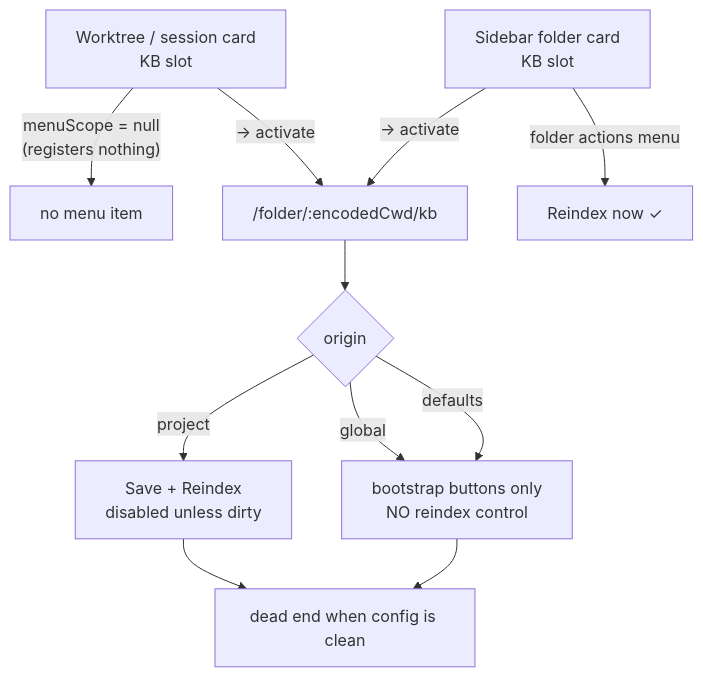
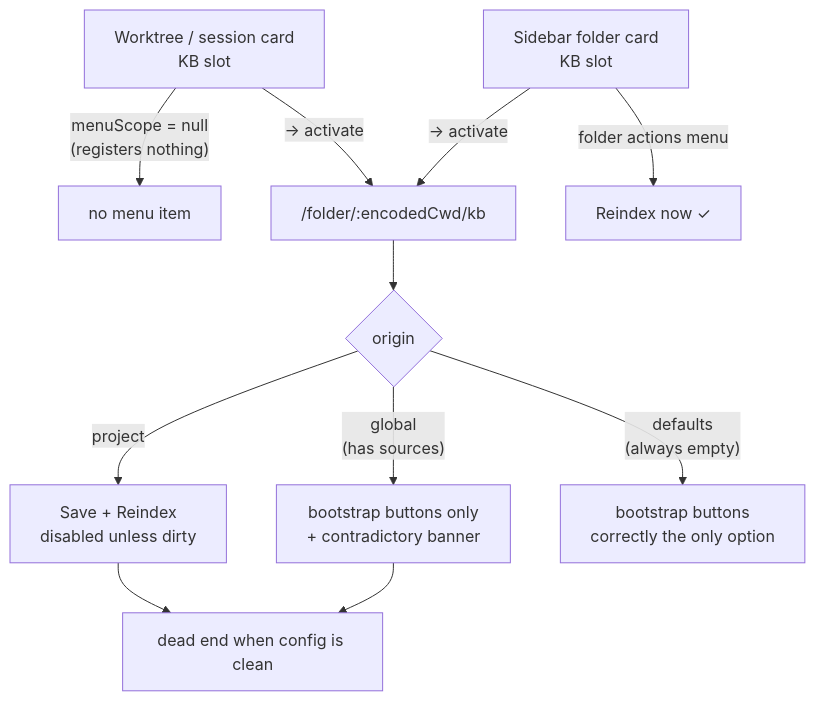
The diagram in openspec/changes/fix-kb-settings-reindex-gate/proposal.md (BlackBeltTechnology/pi-agent-dashboard), drawn with Mermaid before and after one commit. The commit also changed other lines of this file and 4 other files, not shown here.

````diff
--- a/openspec/changes/fix-kb-settings-reindex-gate/proposal.md
+++ b/openspec/changes/fix-kb-settings-reindex-gate/proposal.md
@@ -49,13 +64,13 @@
 ```mermaid
 flowchart TD
     A["Worktree / session card<br/>KB slot"] -->|"menuScope = null<br/>(registers nothing)"| B["no menu item"]
     A -->|"→ activate"| C["/folder/:encodedCwd/kb"]
     D["Sidebar folder card<br/>KB slot"] -->|"folder actions menu"| E["Reindex now ✓"]
     D -->|"→ activate"| C
     C --> F{"origin"}
     F -->|"project"| G["Save + Reindex<br/>disabled unless dirty"]
-    F -->|"global"| H["bootstrap buttons only<br/>NO reindex control"]
-    F -->|"defaults"| H
-    G --> I["dead end when config is clean"]
-    H --> I
+    F -->|"global<br/>(has sources)"| H["bootstrap buttons only<br/>+ contradictory banner"]
+    F -->|"defaults<br/>(always empty)"| I["bootstrap buttons<br/>correctly the only option"]
+    G --> J["dead end when config is clean"]
+    H --> J
 ```
````
